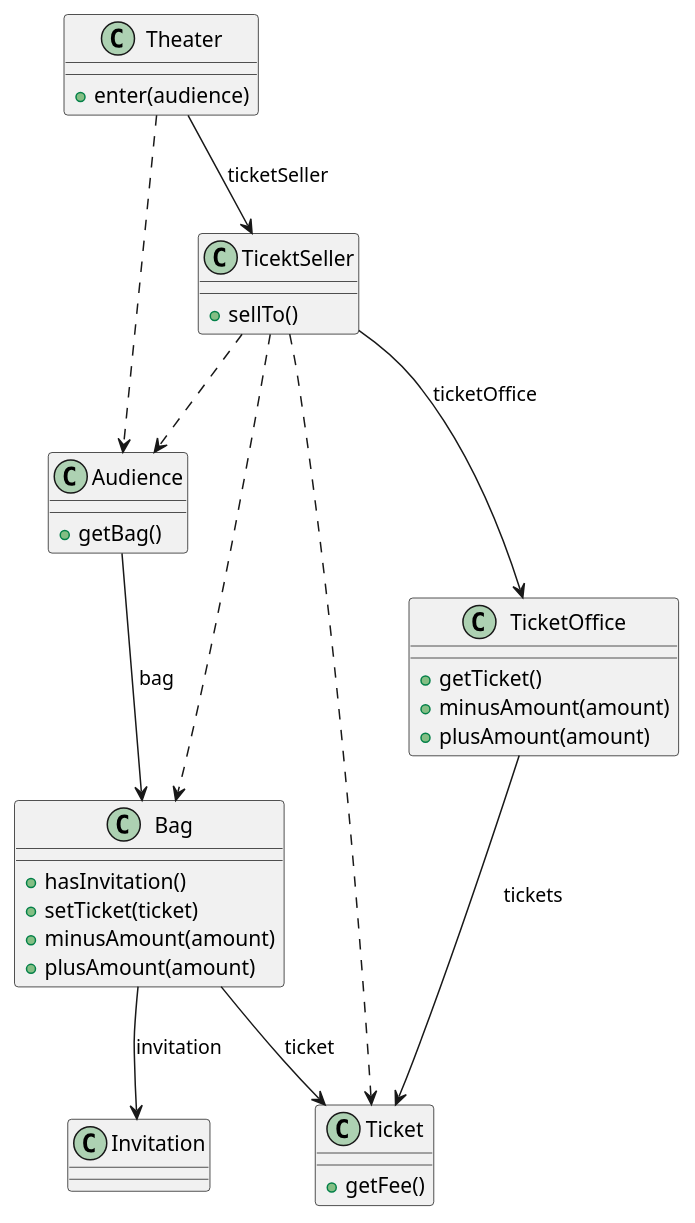
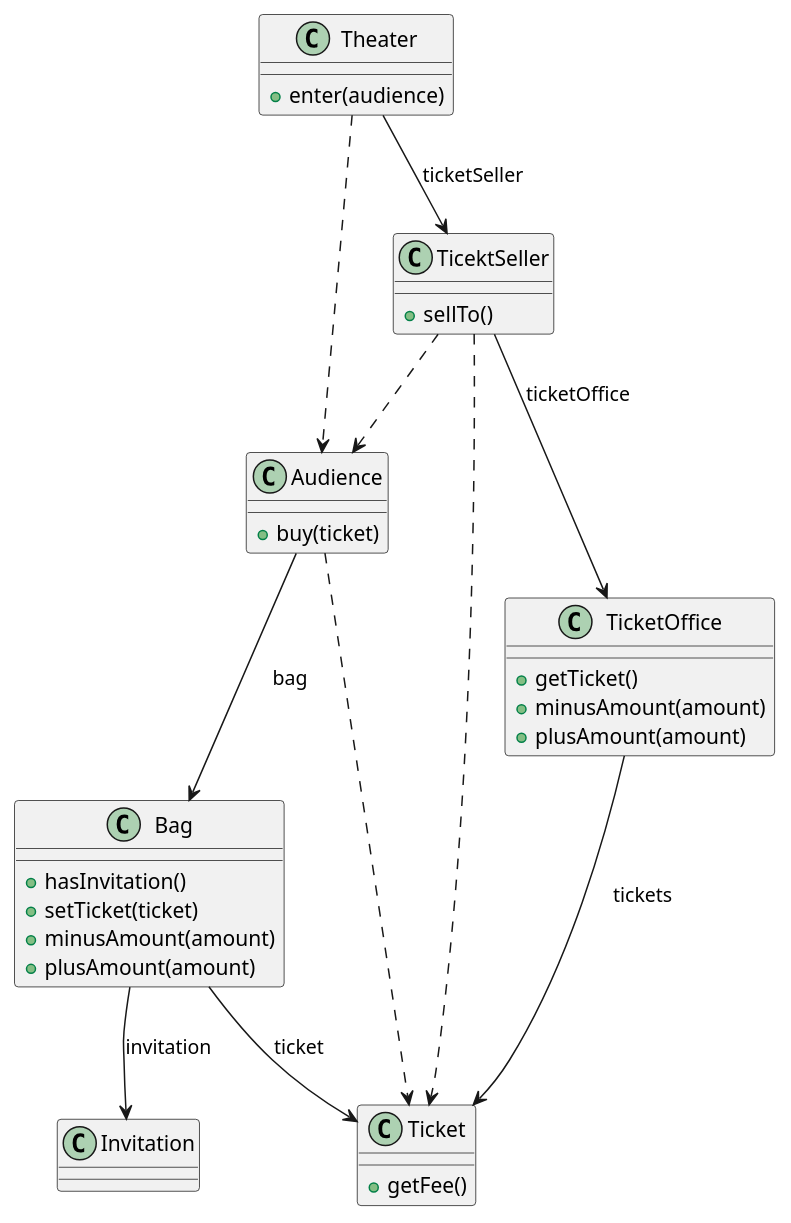
One commit to vomvoru/object-study changed the diagram in uml.pu. Above: the diagram before and after it, drawn with PlantUML. The commit also changed 2 other files, not shown here.

```diff
--- a/uml.pu
+++ b/uml.pu
@@ -1,49 +1,49 @@
 @startuml
 Audience --> Bag: bag
+Audience ..> Ticket
 
 Bag --> Invitation: invitation
 Bag --> Ticket: ticket
 
 TicektSeller --> TicketOffice: ticketOffice
-TicektSeller ..> Bag
 TicektSeller ..> Ticket
 TicektSeller ..> Audience
 
 TicketOffice --> Ticket: tickets
 
 Theater --> TicektSeller: ticketSeller
 Theater ..> Audience
 
 class Audience {
-  +getBag()
+  +buy(ticket)
 }
 
 class Bag {
   +hasInvitation()
   +setTicket(ticket)
   +minusAmount(amount)
   +plusAmount(amount)
 }
 
 class Invitation {
   
 }
 
 class Ticket {
   +getFee()
 }
 
 class TicektSeller {
   +sellTo()
 }
 
 class TicketOffice {
   +getTicket()
   +minusAmount(amount)
   +plusAmount(amount)
 }
 
 class Theater {
   +enter(audience)
 }
 @enduml
```
